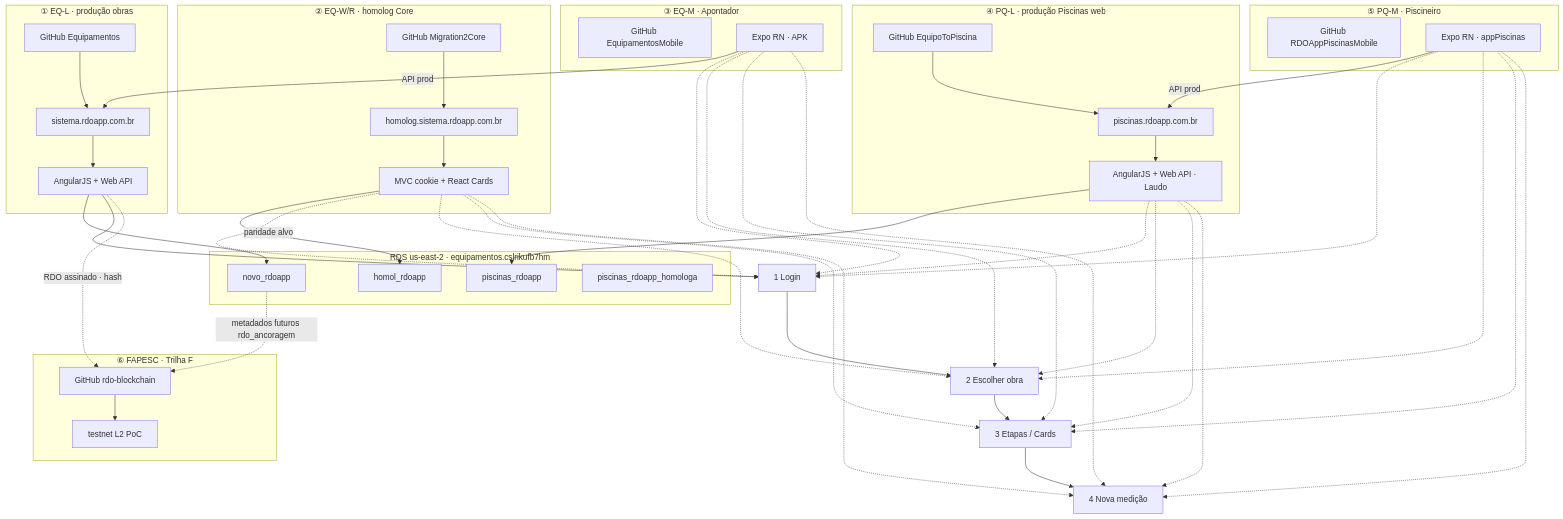
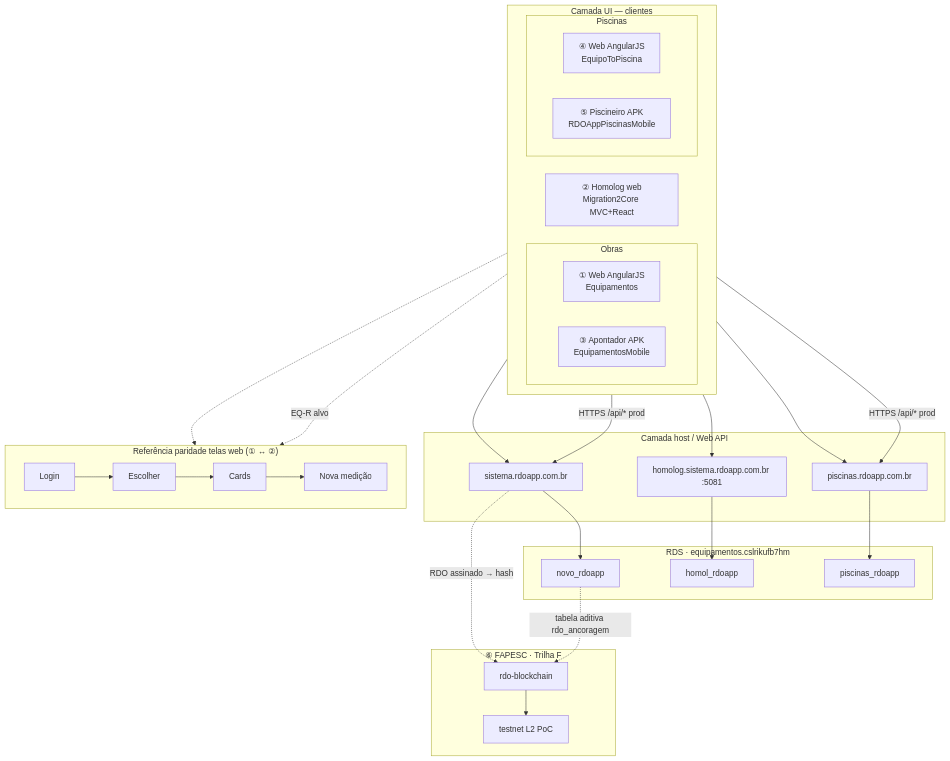
The diagram in docs/manual-frontend-rdo-equipamentos-prod-core-mobile.md (RDO-APP/Migration2Core), drawn with Mermaid before and after one commit. The commit also changed other lines of this file and 1 other file, not shown here.

Commit message:
docs: diagrama M0′ — apps como clientes API prod + FAPESC
Apontador/Piscineiro lateral ao web (nao acima das telas); orquestrador com EQ-M -> EQ-L e rdo-blockchain.

````diff
--- a/docs/manual-frontend-rdo-equipamentos-prod-core-mobile.md
+++ b/docs/manual-frontend-rdo-equipamentos-prod-core-mobile.md
@@ -39,76 +41,54 @@
 ```mermaid
 flowchart TB
-  subgraph RDS["RDS us-east-2 · equipamentos.cslrikufb7hm"]
+  subgraph UI["Camada UI — clientes"]
+    direction LR
+    subgraph COL_OBRAS["Obras"]
+      W1["① Web AngularJS<br/>Equipamentos"]
+      M3["③ Apontador APK<br/>EquipamentosMobile"]
+    end
+    subgraph COL_PISC["Piscinas"]
+      W4["④ Web AngularJS<br/>EquipoToPiscina"]
+      M5["⑤ Piscineiro APK<br/>RDOAppPiscinasMobile"]
+    end
+    W2["② Homolog web<br/>Migration2Core MVC+React"]
+  end
+
+  subgraph API["Camada host / Web API"]
+    S1["sistema.rdoapp.com.br"]
+    S2["homolog.sistema.rdoapp.com.br :5081"]
+    S4["piscinas.rdoapp.com.br"]
+  end
+
+  subgraph RDS["RDS · equipamentos.cslrikufb7hm"]
     N["novo_rdoapp"]
     H["homol_rdoapp"]
     P["piscinas_rdoapp"]
-    PH["piscinas_rdoapp_homologa"]
   end
 
-  subgraph V1["① EQ-L · produção obras"]
-    R1["GitHub Equipamentos"]
-    U1["sistema.rdoapp.com.br"]
-    A1["AngularJS + Web API"]
-    R1 --> U1 --> A1 --> N
+  subgraph F6["⑥ FAPESC · Trilha F"]
+    RB["rdo-blockchain"]
+    TT["testnet L2 PoC"]
+    RB --> TT
   end
 
-  subgraph V2["② EQ-W/R · homolog Core"]
-    R2["GitHub Migration2Core"]
-    U2["homolog.sistema.rdoapp.com.br"]
-    W2["MVC cookie + React Cards"]
-    R2 --> U2 --> W2 --> H
+  W1 --> S1
+  M3 -->|"HTTPS /api/* prod"| S1
+  W2 --> S2
+  W4 --> S4
+  M5 -->|"HTTPS /api/* prod"| S4
+
+  S1 --> N
+  S2 --> H
+  S4 --> P
+
+  S1 -.->|"RDO assinado → hash"| RB
+  N -.->|"tabela aditiva rdo_ancoragem"| RB
+
+  subgraph TELAS["Referência paridade telas web (① ↔ ②)"]
+    direction LR
+    T1[Login] --> T2[Escolher] --> T3[Cards] --> T4[Nova medição]
   end
 
-  subgraph V3["③ EQ-M · Apontador"]
-    R3["GitHub EquipamentosMobile"]
-    M3["Expo RN · APK"]
-    M3 -->|"API prod"| U1
-  end
-
-  subgraph V4["④ PQ-L · produção Piscinas web"]
-    R4["GitHub EquipoToPiscina"]
-    U4["piscinas.rdoapp.com.br"]
-    A4["AngularJS + Web API · Laudo"]
-    R4 --> U4 --> A4 --> P
-  end
-
-  subgraph V5["⑤ PQ-M · Piscineiro"]
-    R5["GitHub RDOAppPiscinasMobile"]
-    M5["Expo RN · appPiscinas"]
-    M5 -->|"API prod"| U4
-  end
-
-  A1 --> F1["1 Login"]
-  F1 --> F2["2 Escolher obra"]
-  F2 --> F3["3 Etapas / Cards"]
-  F3 --> F4["4 Nova medição"]
-
-  W2 -.->|"paridade alvo"| F1
-  W2 -.-> F2
-  W2 -.-> F3
-  W2 -.-> F4
-
-  M3 -.-> F1
-  M3 -.-> F2
-  M3 -.-> F3
-  M3 -.-> F4
-
-  A4 -.-> F1
-  A4 -.-> F2
-  A4 -.-> F3
-  A4 -.-> F4
-
-  M5 -.-> F1
-  M5 -.-> F2
-  M5 -.-> F3
-  M5 -.-> F4
-
-  subgraph V6["⑥ FAPESC · Trilha F"]
-    R6["GitHub rdo-blockchain"]
-    T6["testnet L2 PoC"]
-    R6 --> T6
-  end
-
-  A1 -.->|"RDO assinado · hash"| R6
-  N -.->|"metadados futuros rdo_ancoragem"| R6
+  W1 -.-> TELAS
+  W2 -.->|"EQ-R alvo"| TELAS
 ```
````
